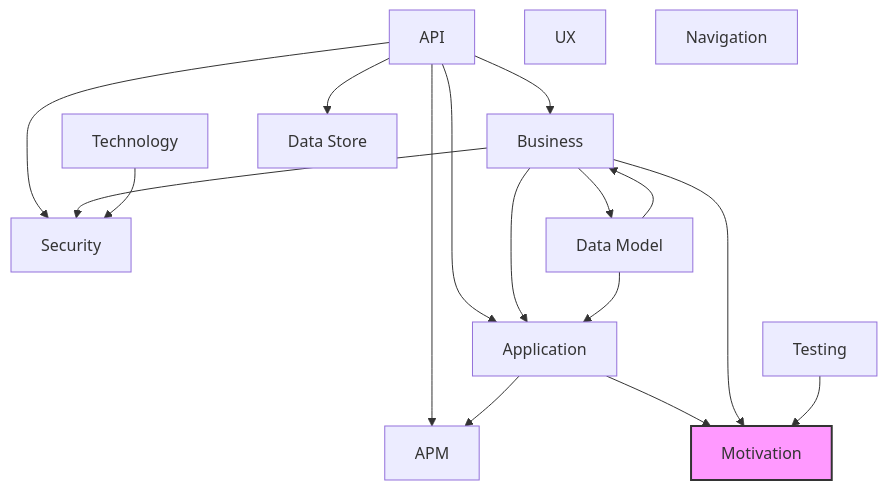
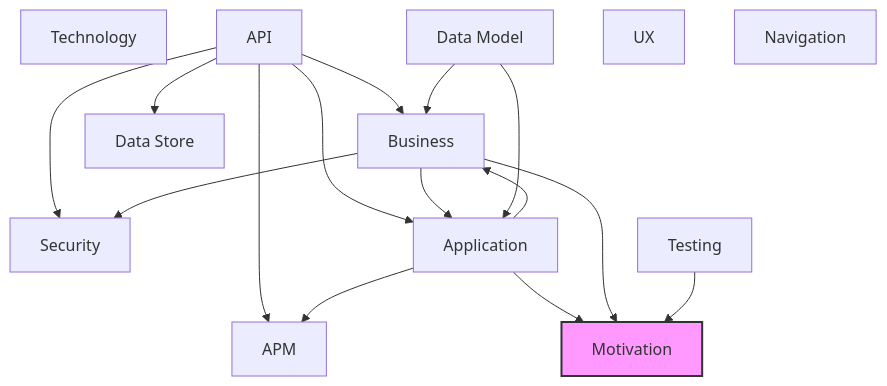
The second of 2 diagrams in spec/browser/01-motivation-layer-report.md (tinkermonkey/documentation_robotics), drawn with Mermaid before and after one commit. The commit also changed other lines of this file and 16 other files, not shown here.

````diff
--- a/spec/browser/01-motivation-layer-report.md
+++ b/spec/browser/01-motivation-layer-report.md
@@ -140,32 +134,31 @@
 ```mermaid
 flowchart TB
   classDef current fill:#f9f,stroke:#333,stroke-width:2px
   motivation["Motivation"]
   business["Business"]
   security["Security"]
   application["Application"]
   technology["Technology"]
   api["API"]
   data_model["Data Model"]
   data_store["Data Store"]
   ux["UX"]
   navigation["Navigation"]
   apm["APM"]
   testing["Testing"]
   api --> apm
   api --> application
   api --> business
   api --> data_store
   api --> security
   application --> apm
+  application --> business
   application --> motivation
   business --> application
-  business --> data_model
   business --> motivation
   business --> security
   data_model --> application
   data_model --> business
-  technology --> security
   testing --> motivation
   class motivation current
 ```
````
